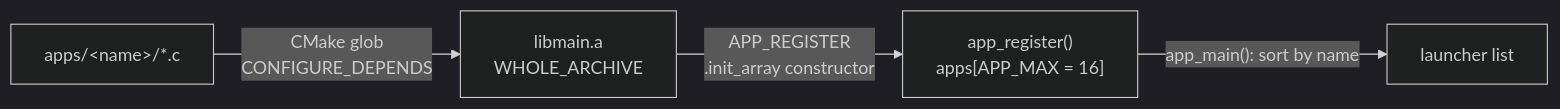
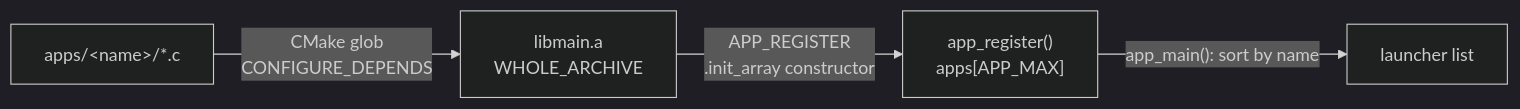
One commit to jose-villegas/autana changed the first of 3 diagrams in docs/Building-an-App.md. Above: the diagram before and after it, drawn with Mermaid (dark theme). The commit also changed other lines of this file and 5 other files, not shown here.

````diff
--- a/docs/Building-an-App.md
+++ b/docs/Building-an-App.md
@@ -61,6 +61,6 @@
 ```mermaid
 flowchart LR
     SRC["apps/&lt;name&gt;/*.c"] -->|"CMake glob<br/>CONFIGURE_DEPENDS"| LIB["libmain.a<br/>WHOLE_ARCHIVE"]
-    LIB -->|"APP_REGISTER<br/>.init_array constructor"| REG["app_register()<br/>apps[APP_MAX = 16]"]
+    LIB -->|"APP_REGISTER<br/>.init_array constructor"| REG["app_register()<br/>apps[APP_MAX]"]
     REG -->|"app_main(): sort by name"| LIST["launcher list"]
 ```
````
